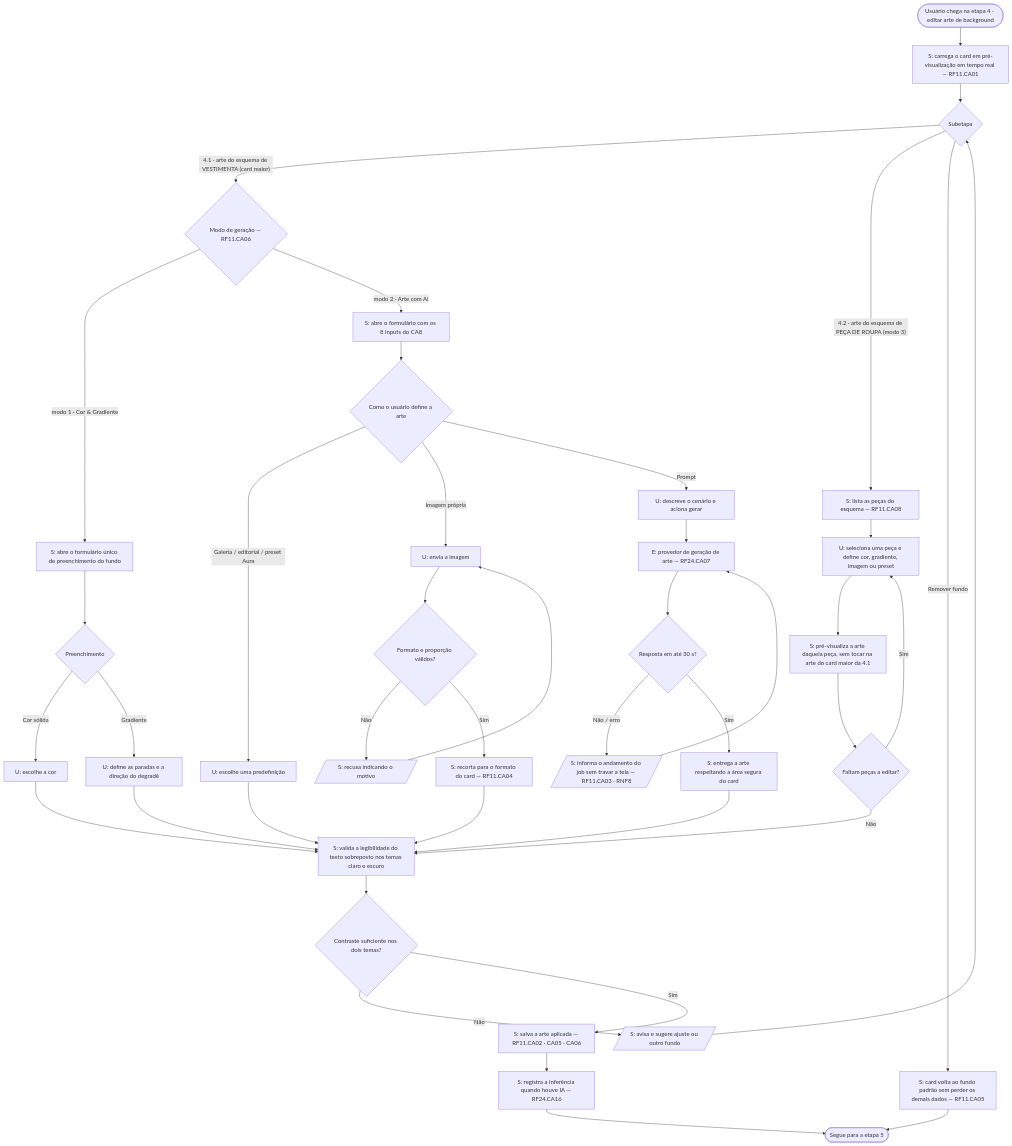
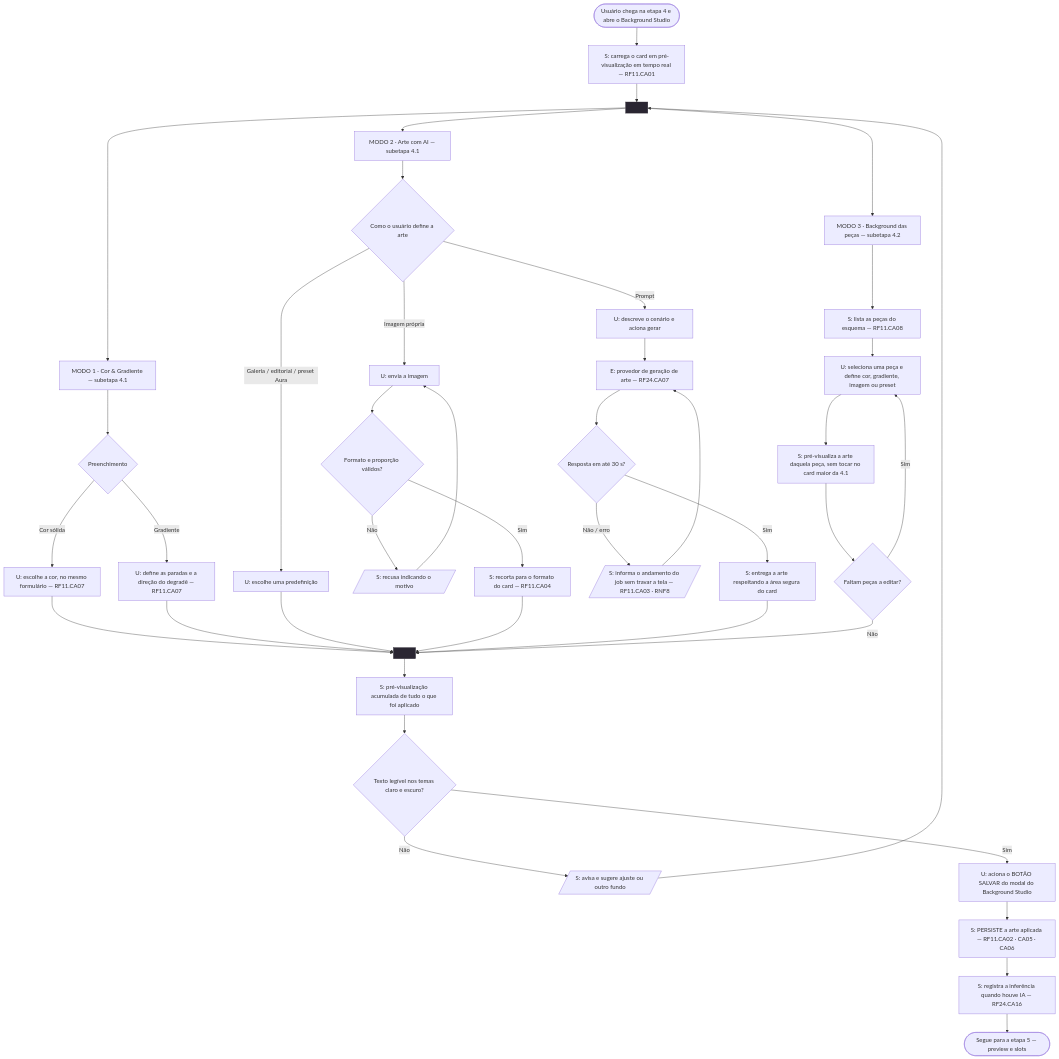
One commit to MatheusHaliski/SAI-TCC-2026 changed diagram 21 of 23 in docs/novo-projeto/05-diagramas-atividade.md. Above: the diagram before and after it, drawn with Mermaid. The commit also changed other lines of this file and 1 other file, not shown here.

````diff
--- a/docs/novo-projeto/05-diagramas-atividade.md
+++ b/docs/novo-projeto/05-diagramas-atividade.md
@@ -522,40 +526,42 @@
 ```mermaid
 flowchart TD
-    A([Usuário chega na etapa 4 - editar arte de background]) --> B[S: carrega o card em pré-visualização em tempo real — RF11.CA01]
-    B --> C{Subetapa}
+    A([Usuário chega na etapa 4 e abre o Background Studio]) --> B[S: carrega o card em pré-visualização em tempo real — RF11.CA01]
+    B --> FK[" "]:::bar
 
-    C -- "4.1 · arte do esquema de VESTIMENTA (card maior)" --> D{Modo de geração — RF11.CA06}
+    FK --> M3["MODO 3 · Background das peças — subetapa 4.2"]
+    FK --> M2["MODO 2 · Arte com AI — subetapa 4.1"]
+    FK --> M1["MODO 1 · Cor & Gradiente — subetapa 4.1"]
 
-    D -- "modo 1 · Cor & Gradiente" --> E[S: abre o formulário único de preenchimento do fundo]
-    E --> F{Preenchimento}
-    F -- Cor sólida --> G[U: escolhe a cor] --> V
-    F -- Gradiente --> H[U: define as paradas e a direção do degradê] --> V
+    M1 --> C1{Preenchimento}
+    C1 -- Cor sólida --> C2[U: escolhe a cor, no mesmo formulário — RF11.CA07] --> JN
+    C1 -- Gradiente --> C3[U: define as paradas e a direção do degradê — RF11.CA07] --> JN
 
-    D -- "modo 2 · Arte com AI" --> I[S: abre o formulário com os 8 inputs do CA8]
-    I --> J{Como o usuário define a arte}
-    J -- Galeria / editorial / preset Aura --> K[U: escolhe uma predefinição] --> V
-    J -- Imagem própria --> L[U: envia a imagem]
-    L --> M{Formato e proporção válidos?}
-    M -- Não --> N[/S: recusa indicando o motivo/] --> L
-    M -- Sim --> O[S: recorta para o formato do card — RF11.CA04] --> V
-    J -- Prompt --> P[U: descreve o cenário e aciona gerar]
-    P --> Q[E: provedor de geração de arte — RF24.CA07]
-    Q --> R{Resposta em até 30 s?}
-    R -- "Não / erro" --> S1[/S: informa o andamento do job sem travar a tela — RF11.CA03 · RNF8/] --> Q
-    R -- Sim --> T[S: entrega a arte respeitando a área segura do card] --> V
+    M2 --> D1{Como o usuário define a arte}
+    D1 -- Galeria / editorial / preset Aura --> D2[U: escolhe uma predefinição] --> JN
+    D1 -- Imagem própria --> D3[U: envia a imagem]
+    D3 --> D4{Formato e proporção válidos?}
+    D4 -- Não --> D5[/S: recusa indicando o motivo/] --> D3
+    D4 -- Sim --> D6[S: recorta para o formato do card — RF11.CA04] --> JN
+    D1 -- Prompt --> D7[U: descreve o cenário e aciona gerar]
+    D7 --> D8[E: provedor de geração de arte — RF24.CA07]
+    D8 --> D9{Resposta em até 30 s?}
+    D9 -- Não / erro --> D10[/S: informa o andamento do job sem travar a tela — RF11.CA03 · RNF8/] --> D8
+    D9 -- Sim --> D11[S: entrega a arte respeitando a área segura do card] --> JN
 
-    C -- "4.2 · arte do esquema de PEÇA DE ROUPA (modo 3)" --> U1[S: lista as peças do esquema — RF11.CA08]
-    U1 --> W[U: seleciona uma peça e define cor, gradiente, imagem ou preset]
-    W --> X[S: pré-visualiza a arte daquela peça, sem tocar na arte do card maior da 4.1]
-    X --> Y{Faltam peças a editar?}
-    Y -- Sim --> W
-    Y -- Não --> V
+    M3 --> E1[S: lista as peças do esquema — RF11.CA08]
+    E1 --> E2[U: seleciona uma peça e define cor, gradiente, imagem ou preset]
+    E2 --> E3[S: pré-visualiza a arte daquela peça, sem tocar no card maior da 4.1]
+    E3 --> E4{Faltam peças a editar?}
+    E4 -- Sim --> E2
+    E4 -- Não --> JN
 
-    C -- Remover fundo --> AB[S: card volta ao fundo padrão sem perder os demais dados — RF11.CA05] --> Z([Segue para a etapa 5])
+    JN[" "]:::bar --> V[S: pré-visualização acumulada de tudo o que foi aplicado]
+    V --> AC{Texto legível nos temas claro e escuro?}
+    AC -- Não --> AD[/S: avisa e sugere ajuste ou outro fundo/] --> FK
+    AC -- Sim --> SV[U: aciona o BOTÃO SALVAR do modal do Background Studio]
+    SV --> AE[S: PERSISTE a arte aplicada — RF11.CA02 · CA05 · CA06]
+    AE --> AF[S: registra a inferência quando houve IA — RF24.CA16]
+    AF --> Z([Segue para a etapa 5 — preview e slots])
 
-    V[S: valida a legibilidade do texto sobreposto nos temas claro e escuro]
-    V --> AC{Contraste suficiente nos dois temas?}
-    AC -- Não --> AD[/S: avisa e sugere ajuste ou outro fundo/] --> C
-    AC -- Sim --> AE[S: salva a arte aplicada — RF11.CA02 · CA05 · CA06]
-    AE --> AF[S: registra a inferência quando houve IA — RF24.CA16] --> Z
+    classDef bar fill:#2A2632,stroke:#2A2632,color:#2A2632;
 ```
````
